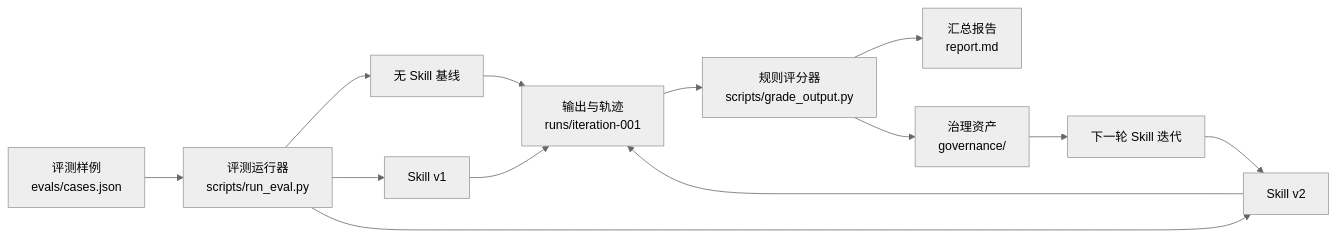
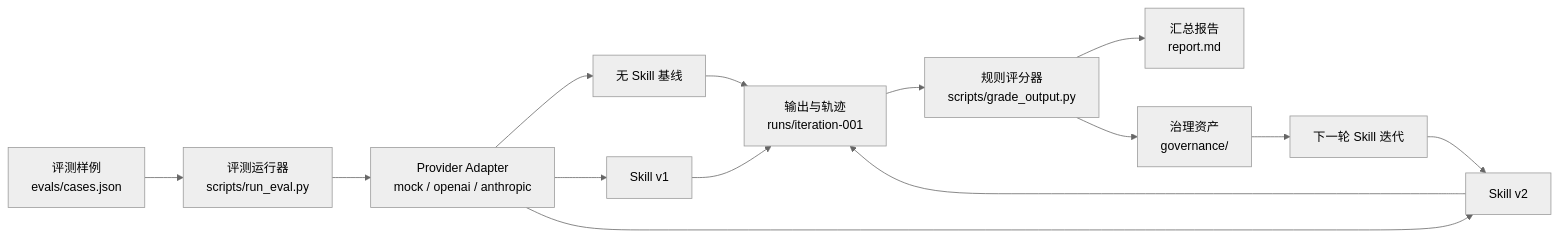
The diagram in README.md (lihe/skill-engineering-lab), drawn with Mermaid (neutral theme) before and after one commit. The commit also changed other lines of this file and 128 other files, not shown here.

````diff
--- a/README.md
+++ b/README.md
@@ -135,15 +135,16 @@
 ```mermaid
 flowchart LR
     A["评测样例<br/>evals/cases.json"] --> B["评测运行器<br/>scripts/run_eval.py"]
-    B --> C1["无 Skill 基线"]
-    B --> C2["Skill v1"]
-    B --> C3["Skill v2"]
+    B --> P["Provider Adapter<br/>mock / openai / anthropic"]
+    P --> C1["无 Skill 基线"]
+    P --> C2["Skill v1"]
+    P --> C3["Skill v2"]
     C1 --> D["输出与轨迹<br/>runs/iteration-001"]
     C2 --> D
     C3 --> D
     D --> E["规则评分器<br/>scripts/grade_output.py"]
     E --> F["汇总报告<br/>report.md"]
     E --> G["治理资产<br/>governance/"]
     G --> H["下一轮 Skill 迭代"]
     H --> C3
 ```
````
